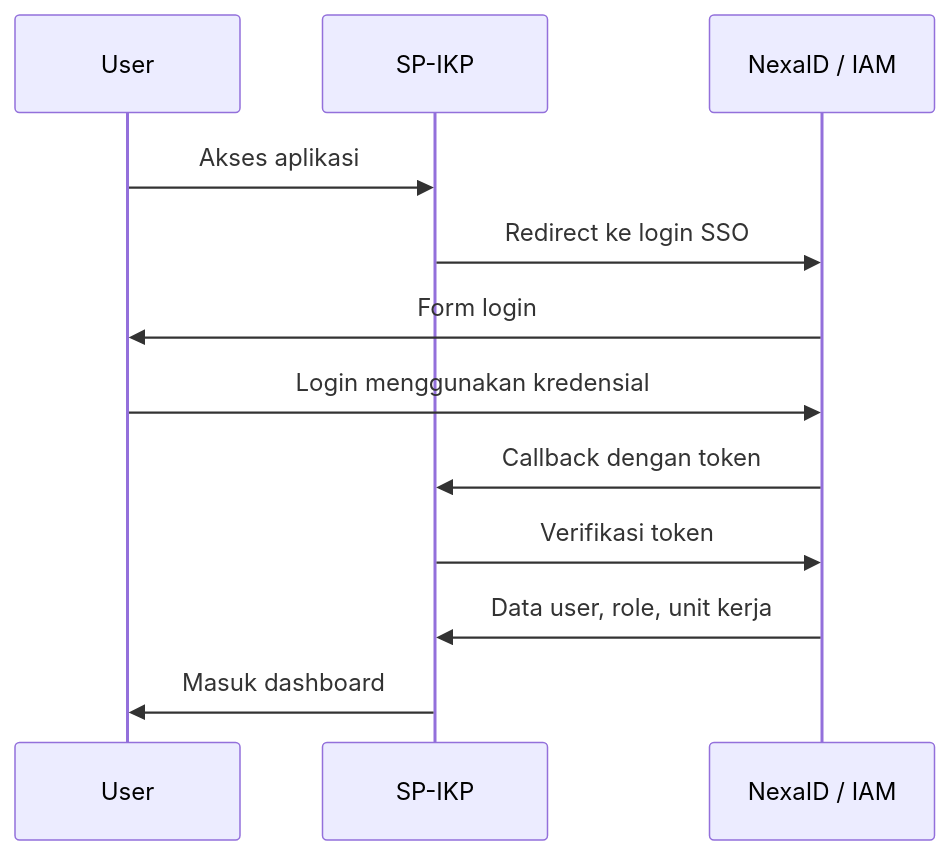
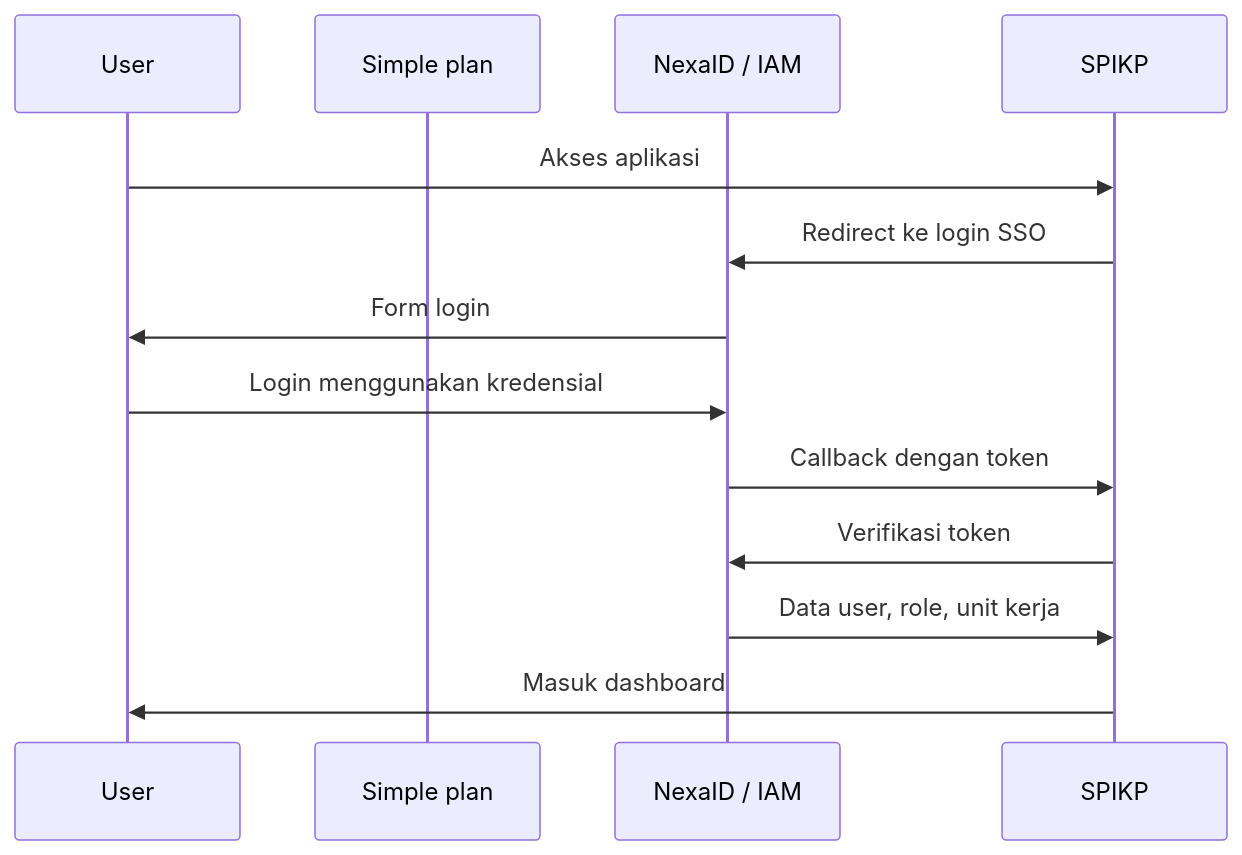
One commit to RSCH-Platform/Simple-Plan- changed the diagram in README.md. Above: the diagram before and after it, drawn with Mermaid. The commit also changed other lines of this file, not shown here.

````diff
--- a/README.md
+++ b/README.md
@@ -625,15 +494,15 @@
 ```mermaid
 sequenceDiagram
     participant User
-    participant SPIKP as SP-IKP
+    participant Simple plan
     participant IAM as NexaID / IAM
 
     User->>SPIKP: Akses aplikasi
     SPIKP->>IAM: Redirect ke login SSO
     IAM->>User: Form login
     User->>IAM: Login menggunakan kredensial
     IAM->>SPIKP: Callback dengan token
     SPIKP->>IAM: Verifikasi token
     IAM->>SPIKP: Data user, role, unit kerja
     SPIKP->>User: Masuk dashboard
 ```
````
